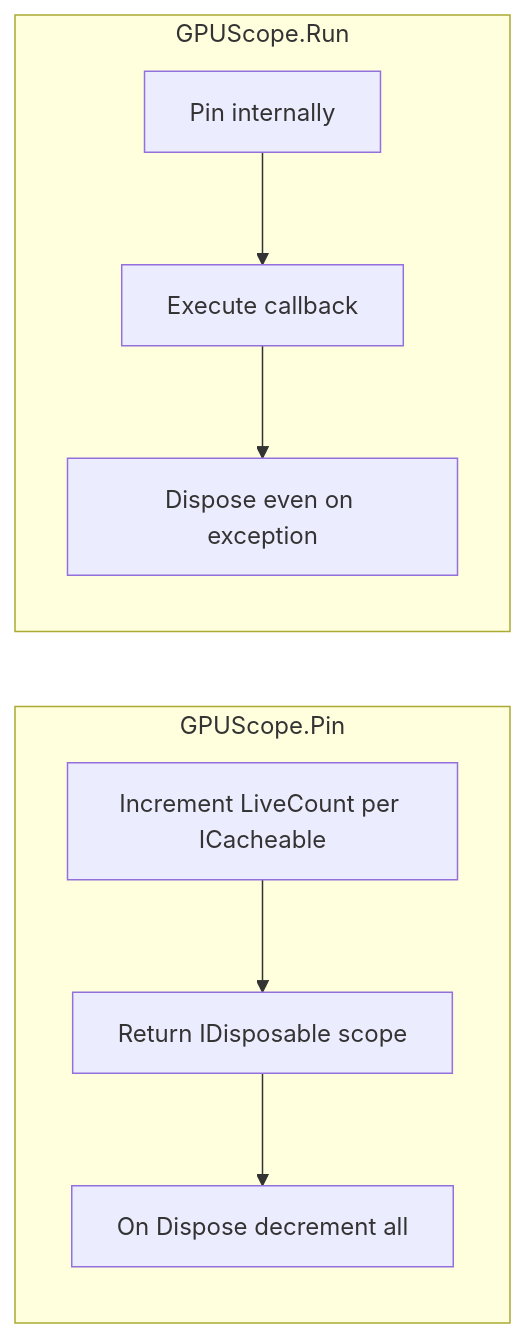
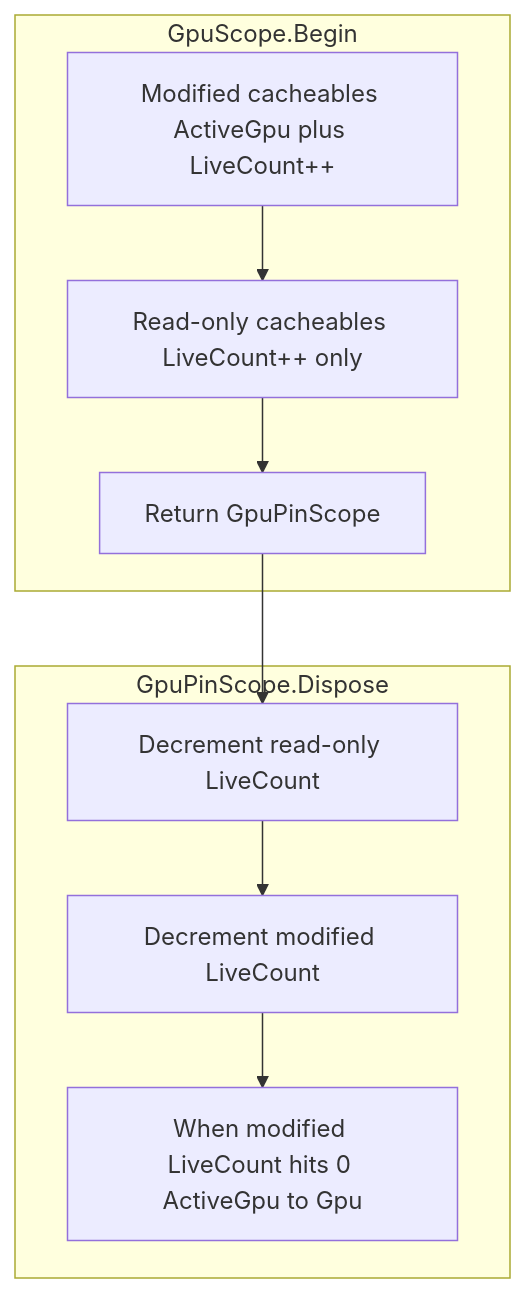
The fourth of 6 diagrams in Documentation/BAVCLSpecification.md (MPSQUARK/BAVCL), drawn with Mermaid before and after one commit. The commit also changed other lines of this file, not shown here.

Commit message:
diagrams updated

````diff
--- a/Documentation/BAVCLSpecification.md
+++ b/Documentation/BAVCLSpecification.md
@@ -296,15 +343,15 @@
 ```mermaid
-flowchart LR
-    subgraph pin [GPUScope.Pin]
-        A[Increment LiveCount per ICacheable]
-        B[Return IDisposable scope]
-        C[On Dispose decrement all]
+flowchart TD
+    subgraph enter [GpuScope.Begin]
+        M[Modified cacheables ActiveGpu plus LiveCount++]
+        R[Read-only cacheables LiveCount++ only]
+        S[Return GpuPinScope]
     end
-    subgraph run [GPUScope.Run]
-        D[Pin internally]
-        E[Execute callback]
-        F[Dispose even on exception]
+    subgraph exit [GpuPinScope.Dispose]
+        DR[Decrement read-only LiveCount]
+        DM[Decrement modified LiveCount]
+        RG[When modified LiveCount hits 0 ActiveGpu to Gpu]
     end
-    A --> B --> C
-    D --> E --> F
+    M --> R --> S
+    S --> DR --> DM --> RG
 ```
````
